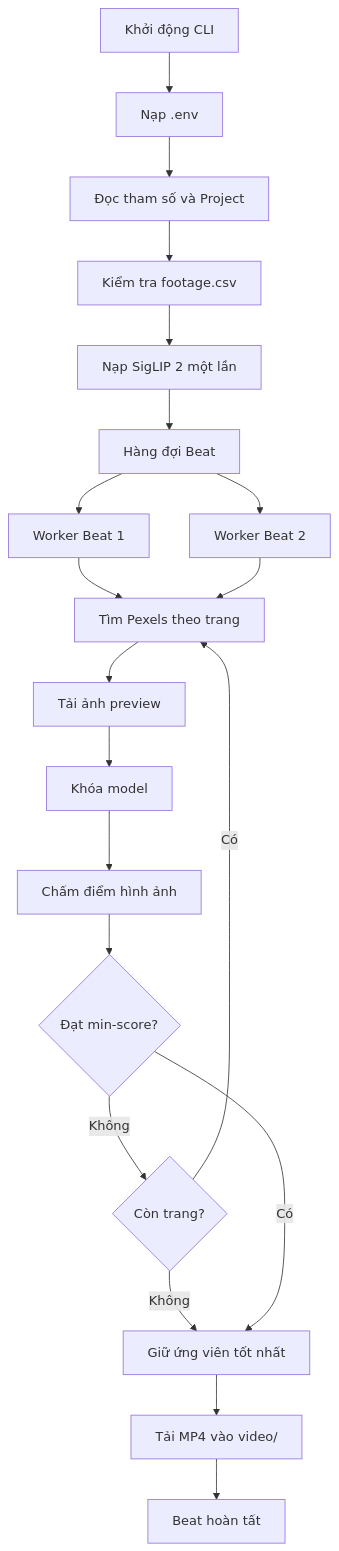
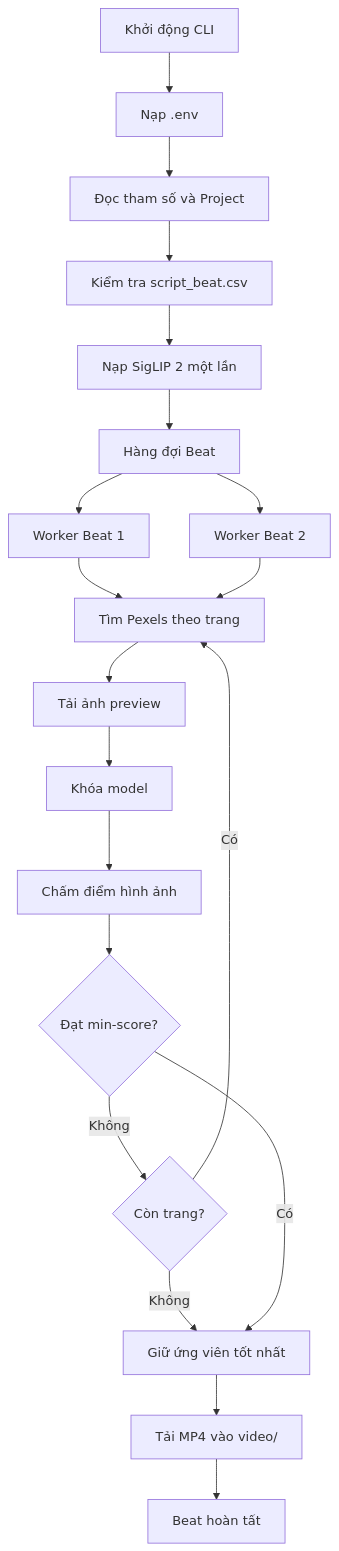
Before and after one commit to aepiran/YoutubeAI: the first of 2 diagrams in tools/stock-footage-fetcher/docs/ARCHITECTURE.md, drawn with Mermaid. The commit also changed other lines of this file and 45 other files, not shown here.

````diff
--- a/tools/stock-footage-fetcher/docs/ARCHITECTURE.md
+++ b/tools/stock-footage-fetcher/docs/ARCHITECTURE.md
@@ -19,22 +19,22 @@
 ```mermaid
 flowchart TD
     A[Khởi động CLI] --> B[Nạp .env]
     B --> C[Đọc tham số và Project]
-    C --> D[Kiểm tra footage.csv]
+    C --> D[Kiểm tra script_beat.csv]
     D --> E[Nạp SigLIP 2 một lần]
     E --> F[Hàng đợi Beat]
     F --> G1[Worker Beat 1]
     F --> G2[Worker Beat 2]
     G1 --> H[Tìm Pexels theo trang]
     G2 --> H
     H --> I[Tải ảnh preview]
     I --> J[Khóa model]
     J --> K[Chấm điểm hình ảnh]
     K --> L{Đạt min-score?}
     L -- Không --> M{Còn trang?}
     M -- Có --> H
     M -- Không --> N[Giữ ứng viên tốt nhất]
     L -- Có --> N
     N --> O[Tải MP4 vào video/]
     O --> P[Beat hoàn tất]
 ```
````
